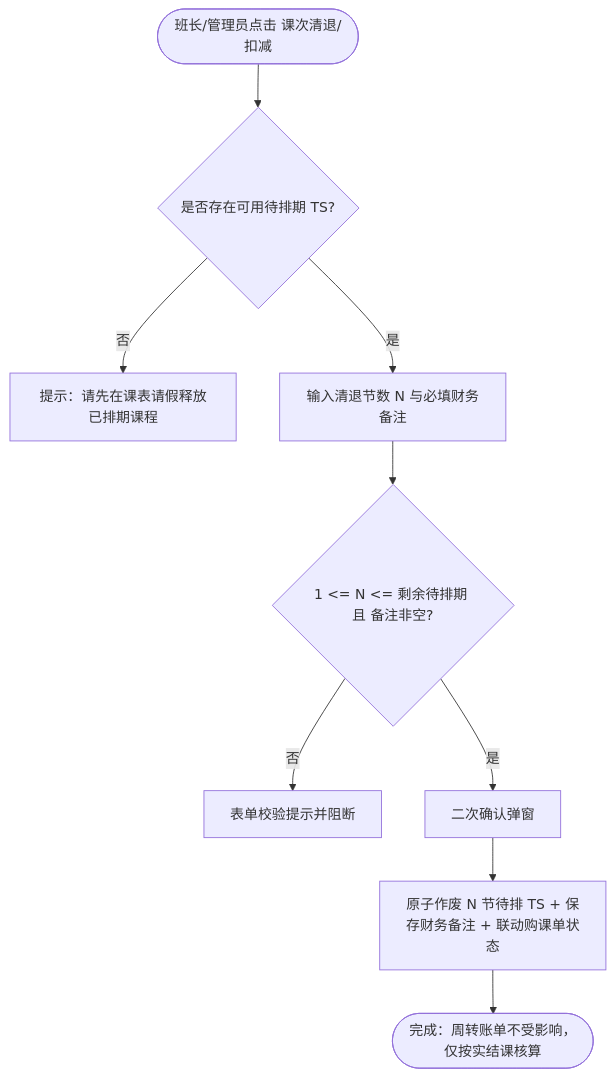
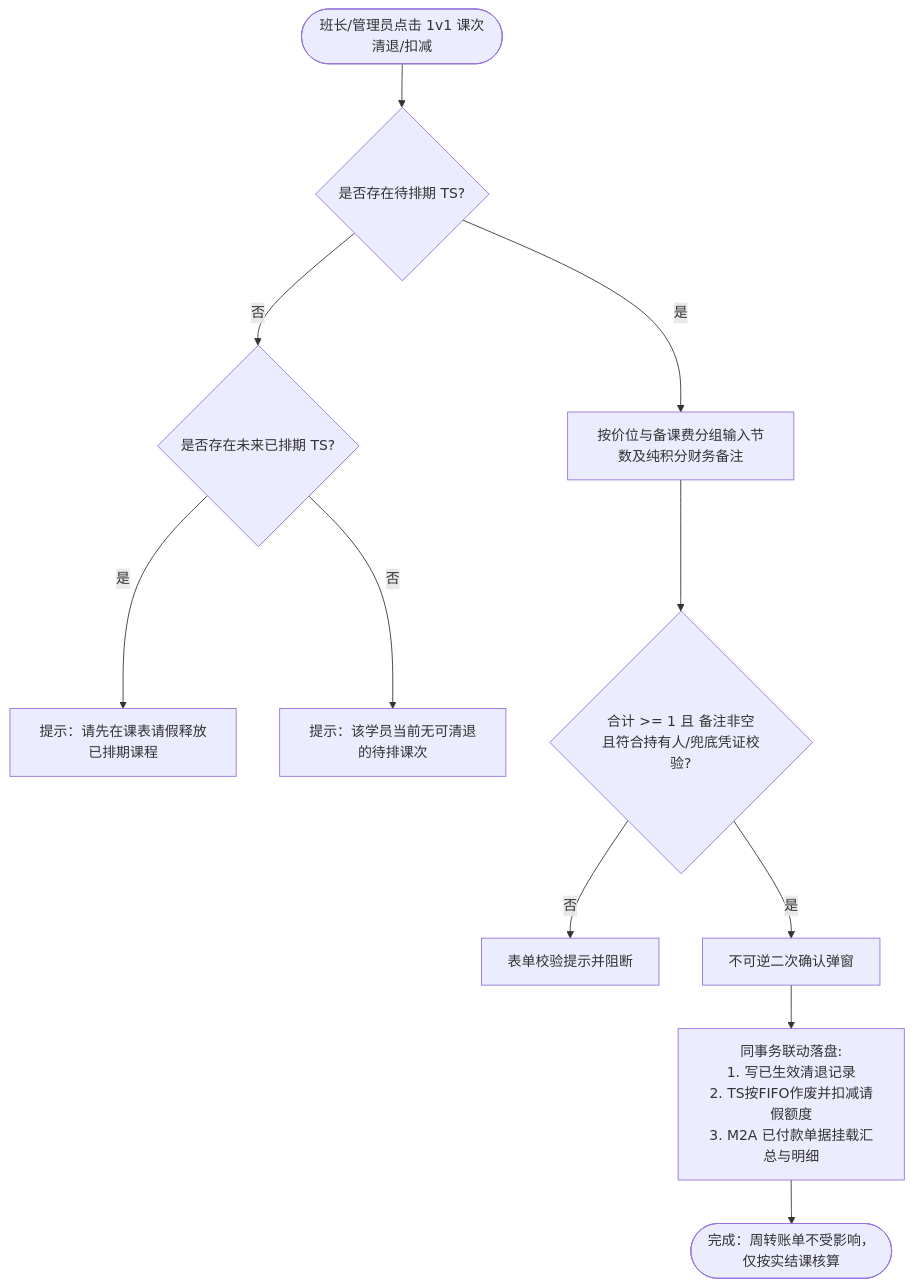
The second of 2 diagrams in docs/prd/m2b_refund_orders.md (Onezao/dream), drawn with Mermaid before and after one commit. The commit also changed other lines of this file and 38 other files, not shown here.

````diff
--- a/docs/prd/m2b_refund_orders.md
+++ b/docs/prd/m2b_refund_orders.md
@@ -117,11 +139,13 @@
 ```mermaid
 flowchart TD
-    Start([班长/管理员点击 课次清退/扣减]) --> CheckPending{是否存在可用待排期 TS?}
-    CheckPending -- 否 --> TipRelease[提示：请先在课表请假释放已排期课程]
-    CheckPending -- 是 --> FillForm[输入清退节数 N 与必填财务备注]
-    FillForm --> Validate{1 <= N <= 剩余待排期 且 备注非空?}
+    Start([班长/管理员点击 1v1 课次清退/扣减]) --> HasAny{是否存在待排期 TS?}
+    HasAny -- 否 --> HasSched{是否存在未来已排期 TS?}
+    HasSched -- 是 --> TipRelease[提示：请先在课表请假释放已排期课程]
+    HasSched -- 否 --> TipEmpty[提示：该学员当前无可清退的待排课次]
+    HasAny -- 是 --> FillForm[按价位与备课费分组输入节数及纯积分财务备注]
+    FillForm --> Validate{合计 >= 1 且 备注非空\n且符合持有人/兜底凭证校验?}
     Validate -- 否 --> ErrTip[表单校验提示并阻断]
-    Validate -- 是 --> Confirm[二次确认弹窗]
-    Confirm --> Exec[原子作废 N 节待排 TS + 保存财务备注 + 联动购课单状态]
+    Validate -- 是 --> Confirm[不可逆二次确认弹窗]
+    Confirm --> Exec["同事务联动落盘:\n1. 写已生效清退记录\n2. TS按FIFO作废并扣减请假额度\n3. M2A 已付款单据挂载汇总与明细"]
     Exec --> End([完成：周转账单不受影响，仅按实结课核算])
 ```
````
